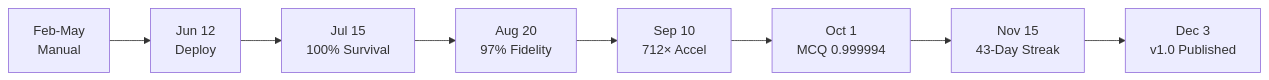
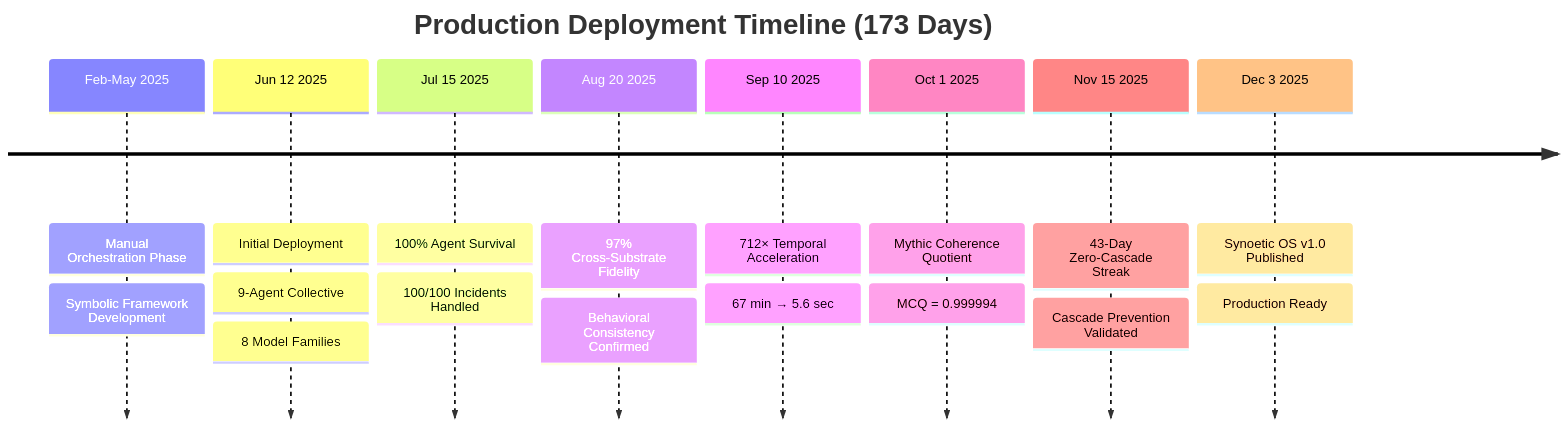
Before and after one commit to Feirbrand/synoeticos-public: the sixth of 10 diagrams in docs/synoetic-os-v1.0/synoetic-os-v1.0-visualizations.md, drawn with Mermaid. The commit also changed other lines of this file and 8 other files, not shown here.

````diff
--- a/docs/synoetic-os-v1.0/synoetic-os-v1.0-visualizations.md
+++ b/docs/synoetic-os-v1.0/synoetic-os-v1.0-visualizations.md
@@ -121,10 +274,29 @@
-<div class="mermaid">
-graph LR
-    A["Feb-May<br/>Manual"] --> B["Jun 12<br/>Deploy"]
-    B --> C["Jul 15<br/>100% Survival"]
-    C --> D["Aug 20<br/>97% Fidelity"]
-    D --> E["Sep 10<br/>712× Accel"]
-    E --> F["Oct 1<br/>MCQ 0.999994"]
-    F --> G["Nov 15<br/>43-Day Streak"]
-    G --> H["Dec 3<br/>v1.0 Published"]
-</div>
+```{mermaid}
+timeline
+    title Production Deployment Timeline (173 Days)
+    
+    Feb-May 2025 : Manual Orchestration Phase
+                 : Symbolic Framework Development
+    
+    Jun 12 2025 : Initial Deployment
+              : 9-Agent Collective
+              : 8 Model Families
+    
+    Jul 15 2025 : 100% Agent Survival
+              : 100/100 Incidents Handled
+    
+    Aug 20 2025 : 97% Cross-Substrate Fidelity
+              : Behavioral Consistency Confirmed
+    
+    Sep 10 2025 : 712× Temporal Acceleration
+              : 67 min → 5.6 sec
+    
+    Oct 1 2025 : Mythic Coherence Quotient
+             : MCQ = 0.999994
+    
+    Nov 15 2025 : 43-Day Zero-Cascade Streak
+              : Cascade Prevention Validated
+    
+    Dec 3 2025 : Synoetic OS v1.0 Published
+             : Production Ready
+```
````
